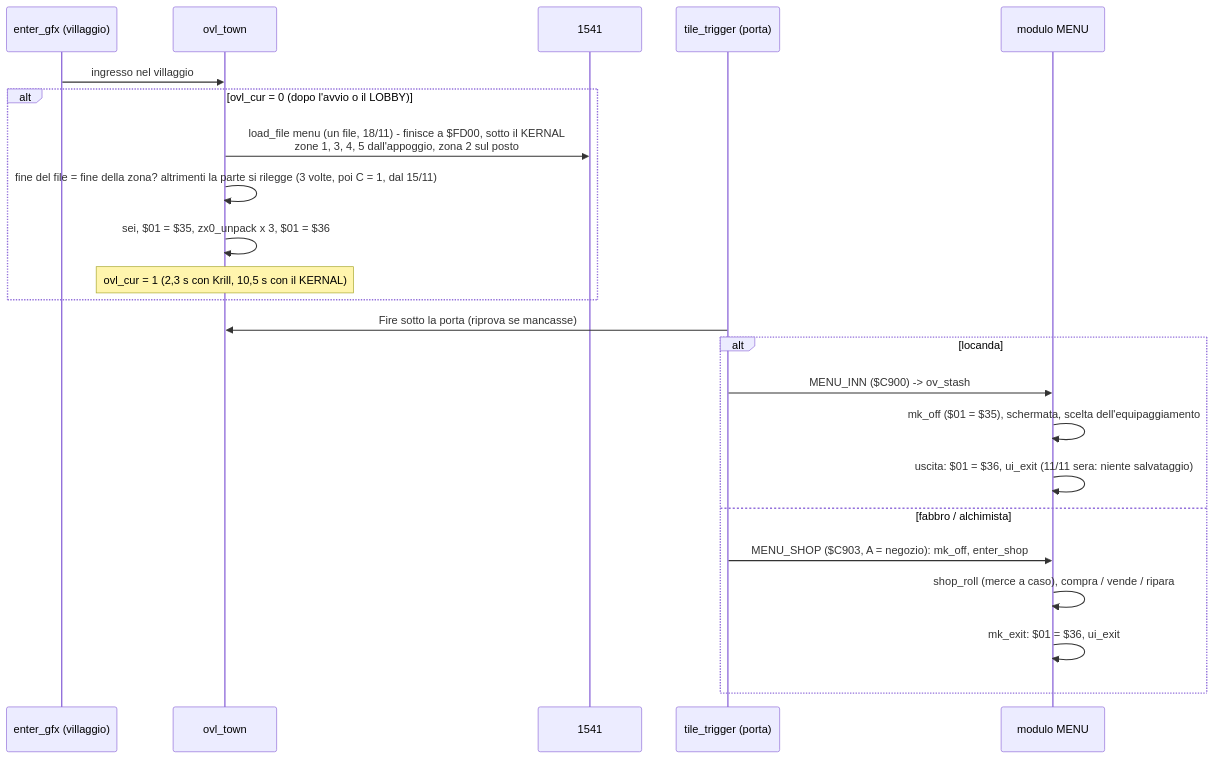
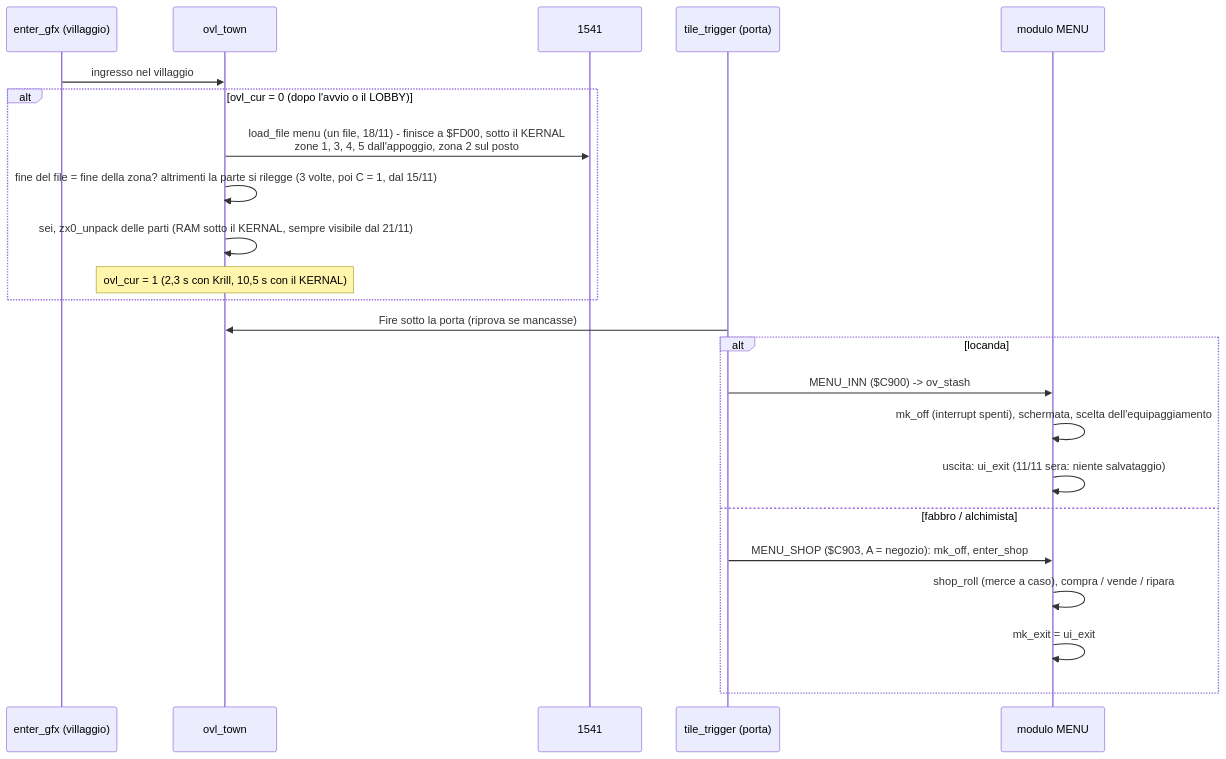
Diagram 16 of 18 in docs/wiki/flussi.md (caporalesimone/barbarian-the-blood-path), drawn with Mermaid before and after one commit. The commit also changed other lines of this file and 24 other files, not shown here.

First line of the commit message:
KERNAL sempre escluso nel gioco ($01 = $35)

````diff
--- a/docs/wiki/flussi.md
+++ b/docs/wiki/flussi.md
@@ -419,25 +419,25 @@
 ```mermaid
 sequenceDiagram
     participant V as enter_gfx (villaggio)
     participant O as ovl_town
     participant D as 1541
     participant P as tile_trigger (porta)
     participant M as modulo MENU
     V->>O: ingresso nel villaggio
     alt ovl_cur = 0 (dopo l'avvio o il LOBBY)
         O->>D: load_file menu (un file, 18/11) - finisce a $FD00, sotto il KERNAL<br/>zone 1, 3, 4, 5 dall'appoggio, zona 2 sul posto
         O->>O: fine del file = fine della zona? altrimenti la parte si rilegge (3 volte, poi C = 1, dal 15/11)
-        O->>O: sei, $01 = $35, zx0_unpack x 3, $01 = $36
+        O->>O: sei, zx0_unpack delle parti (RAM sotto il KERNAL, sempre visibile dal 21/11)
         Note over O: ovl_cur = 1 (2,3 s con Krill, 10,5 s con il KERNAL)
     end
     P->>O: Fire sotto la porta (riprova se mancasse)
     alt locanda
         P->>M: MENU_INN ($C900) -> ov_stash
-        M->>M: mk_off ($01 = $35), schermata, scelta dell'equipaggiamento
-        M->>M: uscita: $01 = $36, ui_exit (11/11 sera: niente salvataggio)
+        M->>M: mk_off (interrupt spenti), schermata, scelta dell'equipaggiamento
+        M->>M: uscita: ui_exit (11/11 sera: niente salvataggio)
     else fabbro / alchimista
         P->>M: MENU_SHOP ($C903, A = negozio): mk_off, enter_shop
         M->>M: shop_roll (merce a caso), compra / vende / ripara
-        M->>M: mk_exit: $01 = $36, ui_exit
+        M->>M: mk_exit = ui_exit
     end
 ```
````
